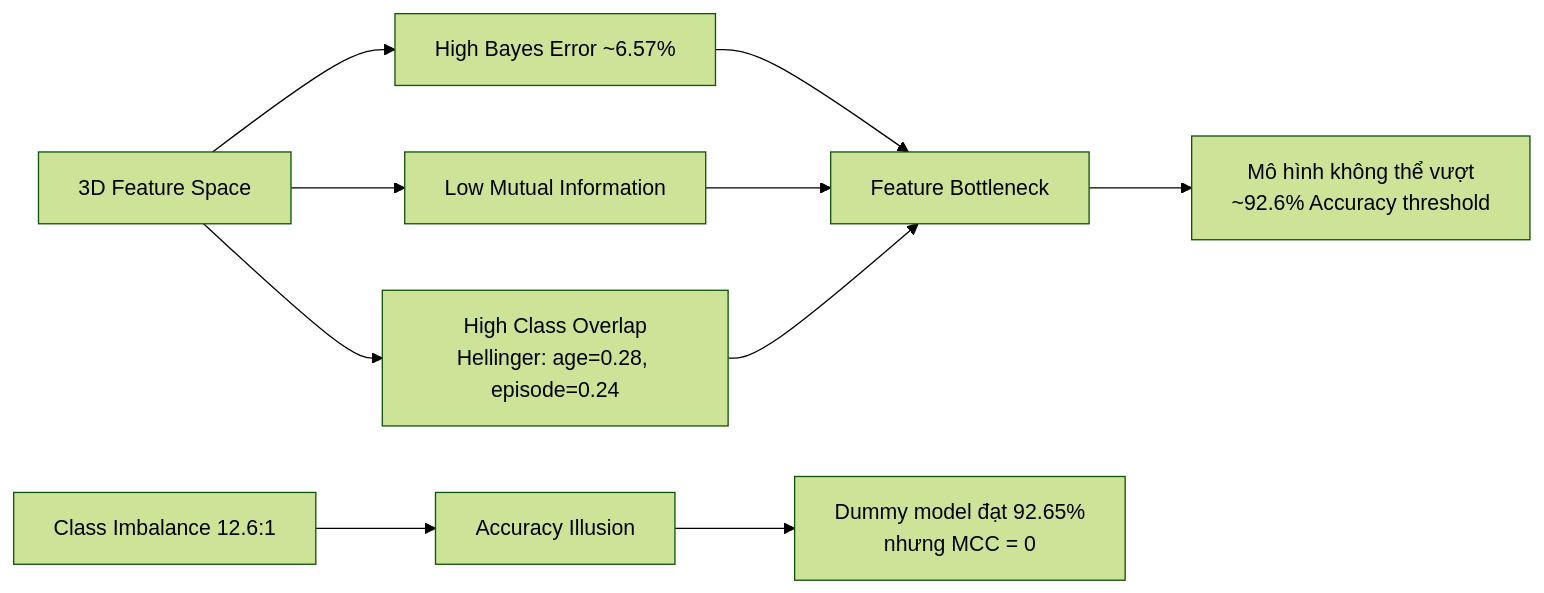
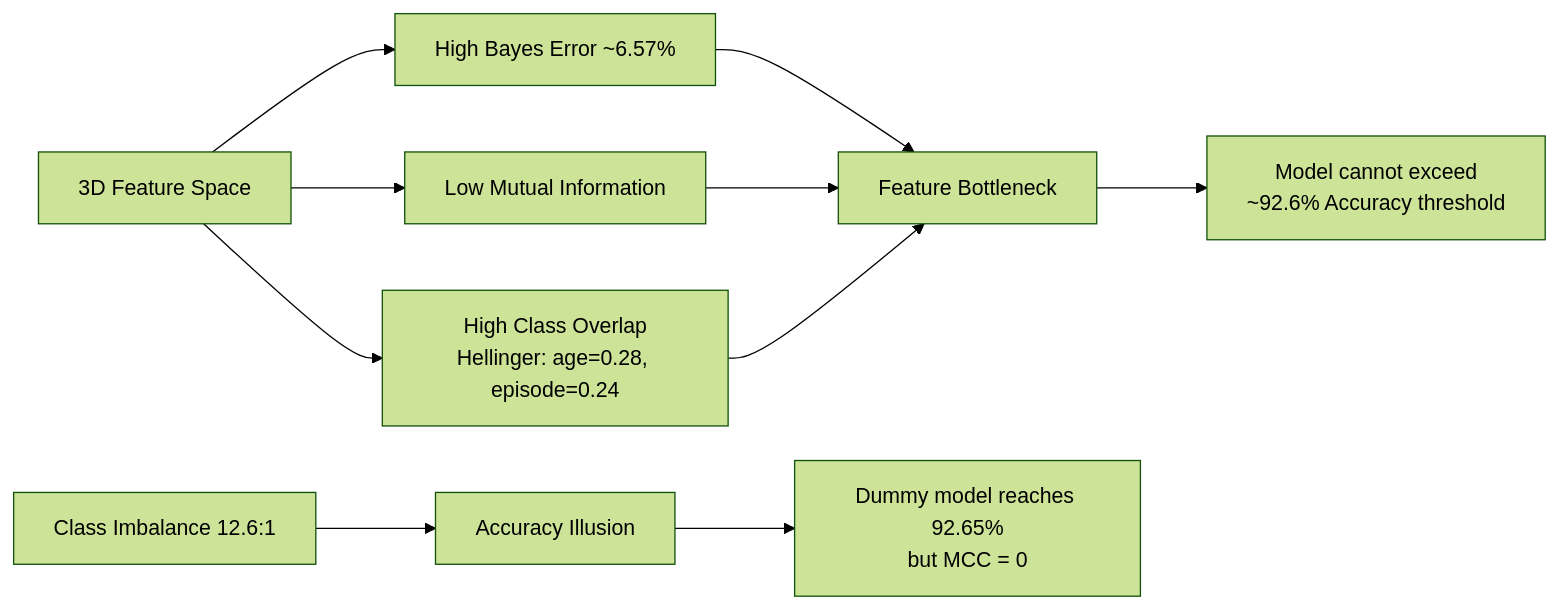
The first of 3 diagrams in data_processing_strategy.md (MinhQuangQu/AI66A_group_6), drawn with Mermaid (forest theme) before and after one commit. The commit also changed other lines of this file, not shown here.

````diff
--- a/data_processing_strategy.md
+++ b/data_processing_strategy.md
@@ -28,13 +28,13 @@
 ```mermaid
 graph LR
     A["3D Feature Space"] --> B["High Bayes Error ~6.57%"]
     A --> C["Low Mutual Information"]
     A --> D["High Class Overlap<br>Hellinger: age=0.28, episode=0.24"]
     B --> E["Feature Bottleneck"]
     C --> E
     D --> E
-    E --> F["Mô hình không thể vượt<br>~92.6% Accuracy threshold"]
+    E --> F["Model cannot exceed<br>~92.6% Accuracy threshold"]
     
     G["Class Imbalance 12.6:1"] --> H["Accuracy Illusion"]
-    H --> I["Dummy model đạt 92.65%<br>nhưng MCC = 0"]
+    H --> I["Dummy model reaches 92.65%<br>but MCC = 0"]
 ```
````
